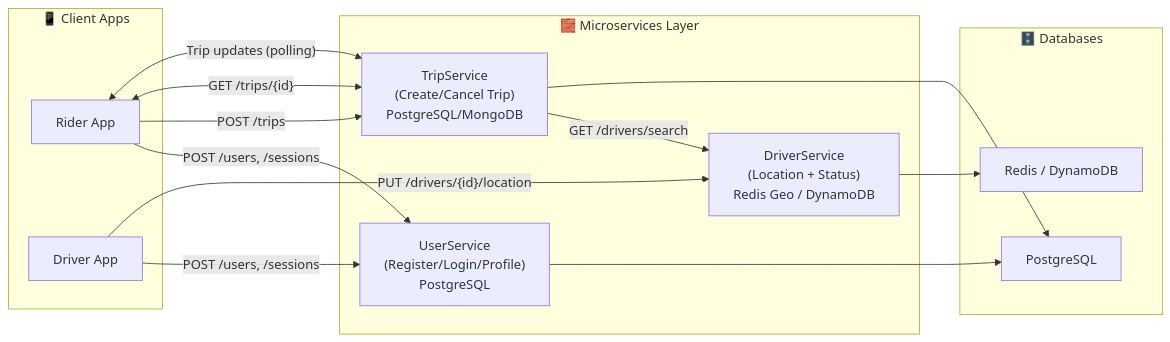
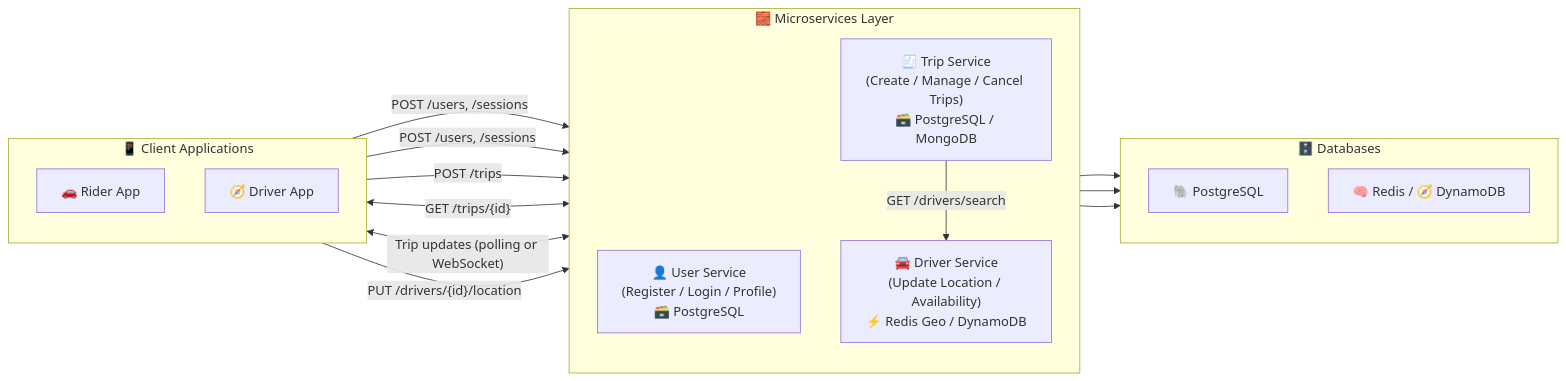
One commit to LeVanHuy84/microservice-server changed the first of 2 diagrams in ARCHITECTURE.md. Above: the diagram before and after it, drawn with Mermaid. The commit also changed other lines of this file, not shown here.

Commit message:
Revise architecture diagrams for client and services
Updated architecture diagrams to enhance clarity and detail.

````diff
--- a/ARCHITECTURE.md
+++ b/ARCHITECTURE.md
@@ -5,30 +5,43 @@
 ```mermaid
 flowchart LR
-    subgraph Client["📱 Client Apps"]
-        RiderApp["Rider App"]
-        DriverApp["Driver App"]
+    %% ========== CLIENT APPS ==========
+    subgraph Client["📱 Client Applications"]
+        direction TB
+        RiderApp["🚗 Rider App"]
+        DriverApp["🧭 Driver App"]
     end
 
+    %% ========== SERVICES LAYER ==========
     subgraph Services["🧱 Microservices Layer"]
-        US["UserService\n(Register/Login/Profile)\nPostgreSQL"]
-        TS["TripService\n(Create/Cancel Trip)\nPostgreSQL/MongoDB"]
-        DS["DriverService\n(Location + Status)\nRedis Geo / DynamoDB"]
+        direction TB
+        US["👤 User Service<br/>(Register / Login / Profile)<br/>🗃️ PostgreSQL"]
+        TS["🧾 Trip Service<br/>(Create / Manage / Cancel Trips)<br/>🗃️ PostgreSQL / MongoDB"]
+        DS["🚘 Driver Service<br/>(Update Location / Availability)<br/>⚡ Redis Geo / DynamoDB"]
     end
 
+    %% ========== DATABASES ==========
     subgraph DB["🗄️ Databases"]
-        PSQL["PostgreSQL"]
-        REDIS["Redis / DynamoDB"]
+        direction TB
+        PSQL["🐘 PostgreSQL"]
+        REDIS["🧠 Redis / 🧭 DynamoDB"]
     end
 
+    %% ========== CLIENT ↔ SERVICES ==========
     RiderApp -->|"POST /users, /sessions"| US
     DriverApp -->|"POST /users, /sessions"| US
+
     RiderApp -->|"POST /trips"| TS
+    RiderApp <-->|"GET /trips/{id}"| TS
+    RiderApp <-->|"Trip updates (polling or WebSocket)"| TS
+
+    DriverApp -->|"PUT /drivers/{id}/location"| DS
+
+    %% ========== SERVICES ↔ SERVICES ==========
     TS -->|"GET /drivers/search"| DS
-    DS --> REDIS
+
+    %% ========== SERVICES ↔ DATABASES ==========
     US --> PSQL
     TS --> PSQL
-    RiderApp <-->|"GET /trips/{id}"| TS
-    RiderApp <-->|"Trip updates (polling)"| TS
-    DriverApp -->|"PUT /drivers/{id}/location"| DS
+    DS --> REDIS
 
 ```
````
